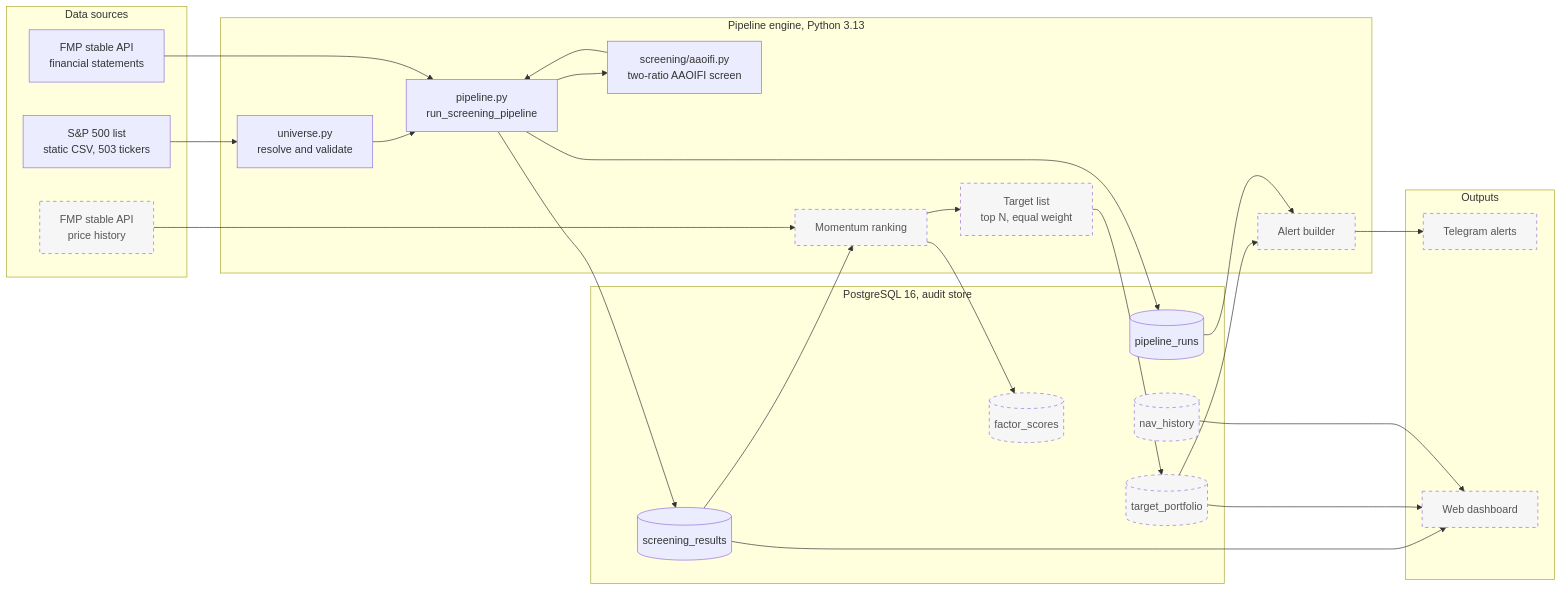
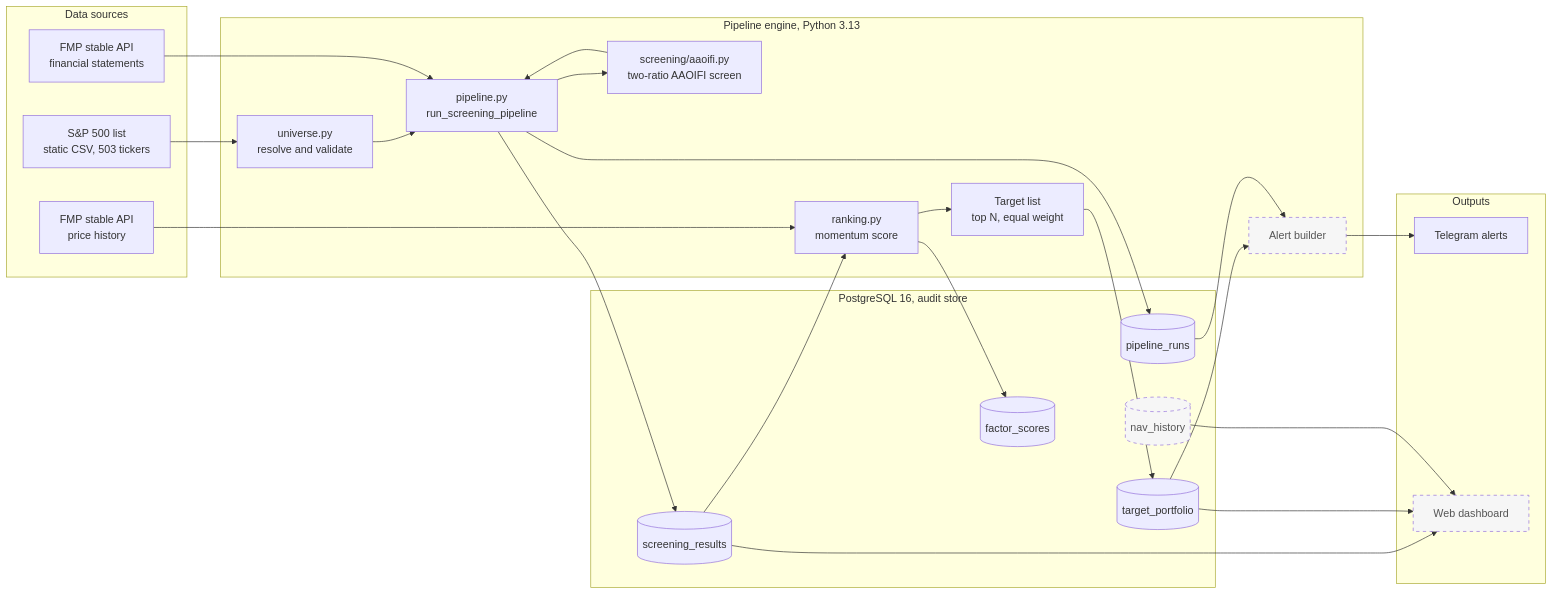
The diagram in README.md (izzahff/tayyib), drawn with Mermaid before and after one commit. The commit also changed other lines of this file and 12 other files, not shown here.

First line of the commit message:
feat: add momentum ranking capability (OpenSpec change archived)

````diff
--- a/README.md
+++ b/README.md
@@ -42,48 +42,48 @@
 ```mermaid
 flowchart LR
     subgraph SRC[Data sources]
         CSV[S&P 500 list<br/>static CSV, 503 tickers]
         FMPF[FMP stable API<br/>financial statements]
         FMPP[FMP stable API<br/>price history]
     end
 
     subgraph ENG[Pipeline engine, Python 3.13]
         UNI[universe.py<br/>resolve and validate]
         PIPE[pipeline.py<br/>run_screening_pipeline]
         SCR[screening/aaoifi.py<br/>two-ratio AAOIFI screen]
-        RANK[Momentum ranking]
+        RANK[ranking.py<br/>momentum score]
         TGT[Target list<br/>top N, equal weight]
         ALERT[Alert builder]
     end
 
     subgraph DB[PostgreSQL 16, audit store]
         PR[(pipeline_runs)]
         SR[(screening_results)]
         FS[(factor_scores)]
         TP[(target_portfolio)]
         NAV[(nav_history)]
     end
 
     subgraph OUT[Outputs]
         TG[Telegram alerts]
         DASH[Web dashboard]
     end
 
     CSV --> UNI --> PIPE
     FMPF --> PIPE
     PIPE --> SCR --> PIPE
     PIPE --> PR
     PIPE --> SR
     SR --> RANK
     FMPP --> RANK
     RANK --> FS
     RANK --> TGT --> TP
     TP --> ALERT --> TG
     PR --> ALERT
     SR --> DASH
     TP --> DASH
     NAV --> DASH
 
     classDef planned stroke-dasharray: 5 5,fill:#f6f6f6,color:#555
-    class RANK,TGT,ALERT,FS,TP,NAV,TG,DASH,FMPP planned
+    class ALERT,NAV,DASH planned
 ```
````
